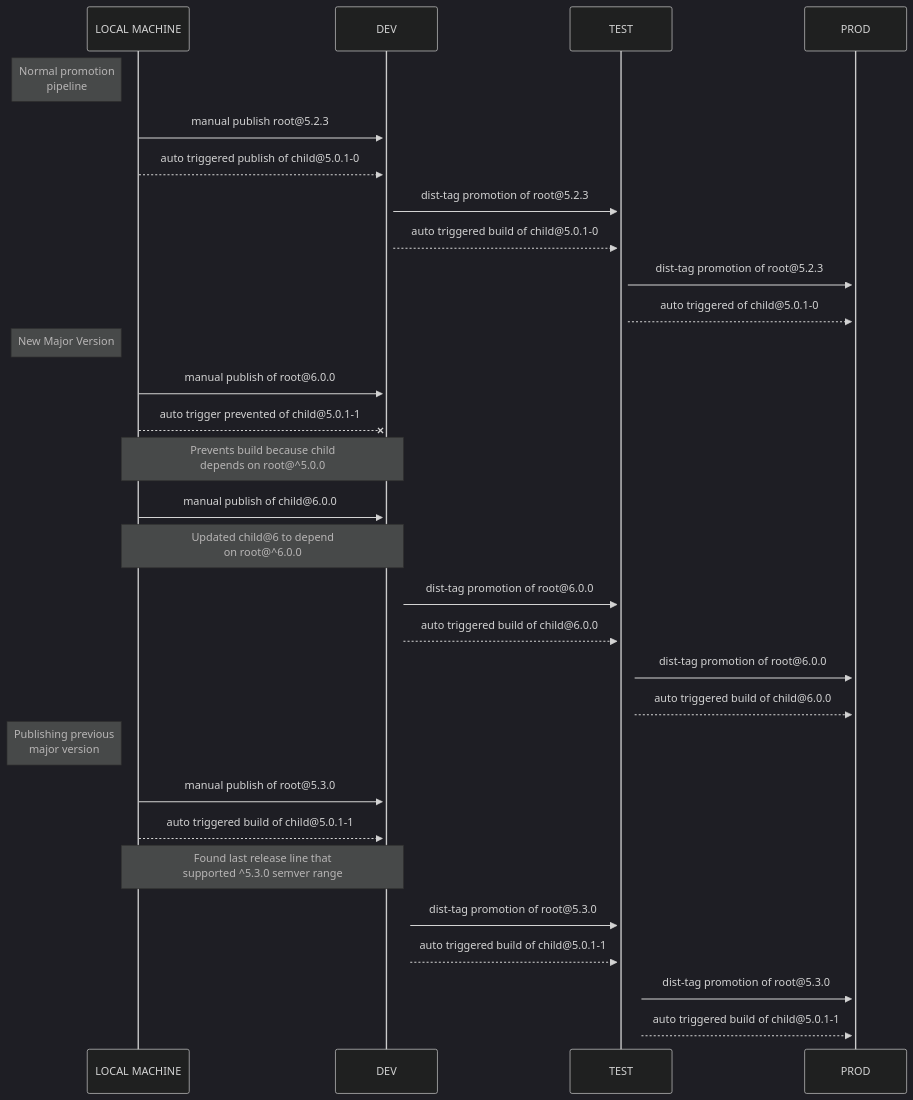
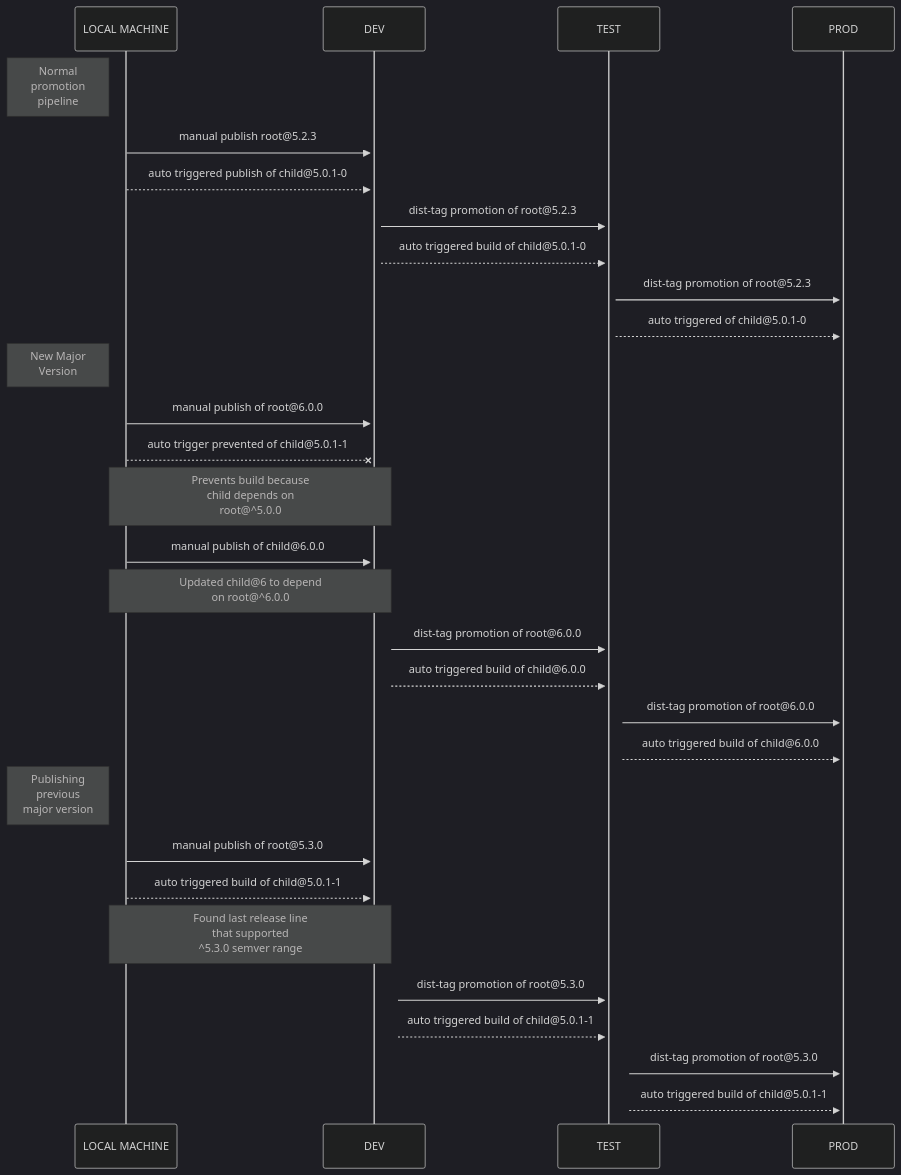
One commit to godaddy/feedsme changed the diagram in diagrams/code/build.mmd. Above: the diagram before and after it, drawn with Mermaid (dark theme). The commit also changed 1 other file, not shown here.

```diff
--- a/diagrams/code/build.mmd
+++ b/diagrams/code/build.mmd
@@ -1,30 +1,30 @@
 sequenceDiagram
   participant LOCAL MACHINE
   participant DEV
   participant TEST
   participant PROD
-  Note left of LOCAL MACHINE: Normal promotion <br>pipeline
+  Note left of LOCAL MACHINE: Normal <br>promotion <br>pipeline
   LOCAL MACHINE->>+DEV: manual publish root@5.2.3
   LOCAL MACHINE-->>+DEV: auto triggered publish of child@5.0.1-0
   DEV->>+TEST: dist-tag promotion of root@5.2.3
   DEV-->>+TEST: auto triggered build of child@5.0.1-0
   TEST->>+PROD: dist-tag promotion of root@5.2.3
   TEST-->>+PROD: auto triggered of child@5.0.1-0
-  Note left of LOCAL MACHINE: New Major Version
+  Note left of LOCAL MACHINE: New Major <br>Version
   LOCAL MACHINE->>+DEV: manual publish of root@6.0.0
   LOCAL MACHINE--X+DEV: auto trigger prevented of child@5.0.1-1
-  Note over LOCAL MACHINE,DEV: Prevents build because child <br>depends on root@^5.0.0
+  Note over LOCAL MACHINE,DEV: Prevents build because <br>child depends on <br>root@^5.0.0
   LOCAL MACHINE->>+DEV: manual publish of child@6.0.0
   Note over LOCAL MACHINE,DEV: Updated child@6 to depend <br>on root@^6.0.0
   DEV->>+TEST: dist-tag promotion of root@6.0.0
   DEV-->>+TEST: auto triggered build of child@6.0.0
   TEST->>+PROD: dist-tag promotion of root@6.0.0
   TEST-->>+PROD: auto triggered build of child@6.0.0
-  Note left of LOCAL MACHINE: Publishing previous <br>major version
+  Note left of LOCAL MACHINE: Publishing <br>previous <br>major version
   LOCAL MACHINE->>+DEV: manual publish of root@5.3.0
   LOCAL MACHINE-->>+DEV: auto triggered build of child@5.0.1-1
-  Note over LOCAL MACHINE,DEV: Found last release line that <br>supported ^5.3.0 semver range
+  Note over LOCAL MACHINE,DEV: Found last release line <br>that supported <br>^5.3.0 semver range
   DEV->>+TEST: dist-tag promotion of root@5.3.0
   DEV-->>+TEST: auto triggered build of child@5.0.1-1
   TEST->>+PROD: dist-tag promotion of root@5.3.0
   TEST-->>+PROD: auto triggered build of child@5.0.1-1
```
